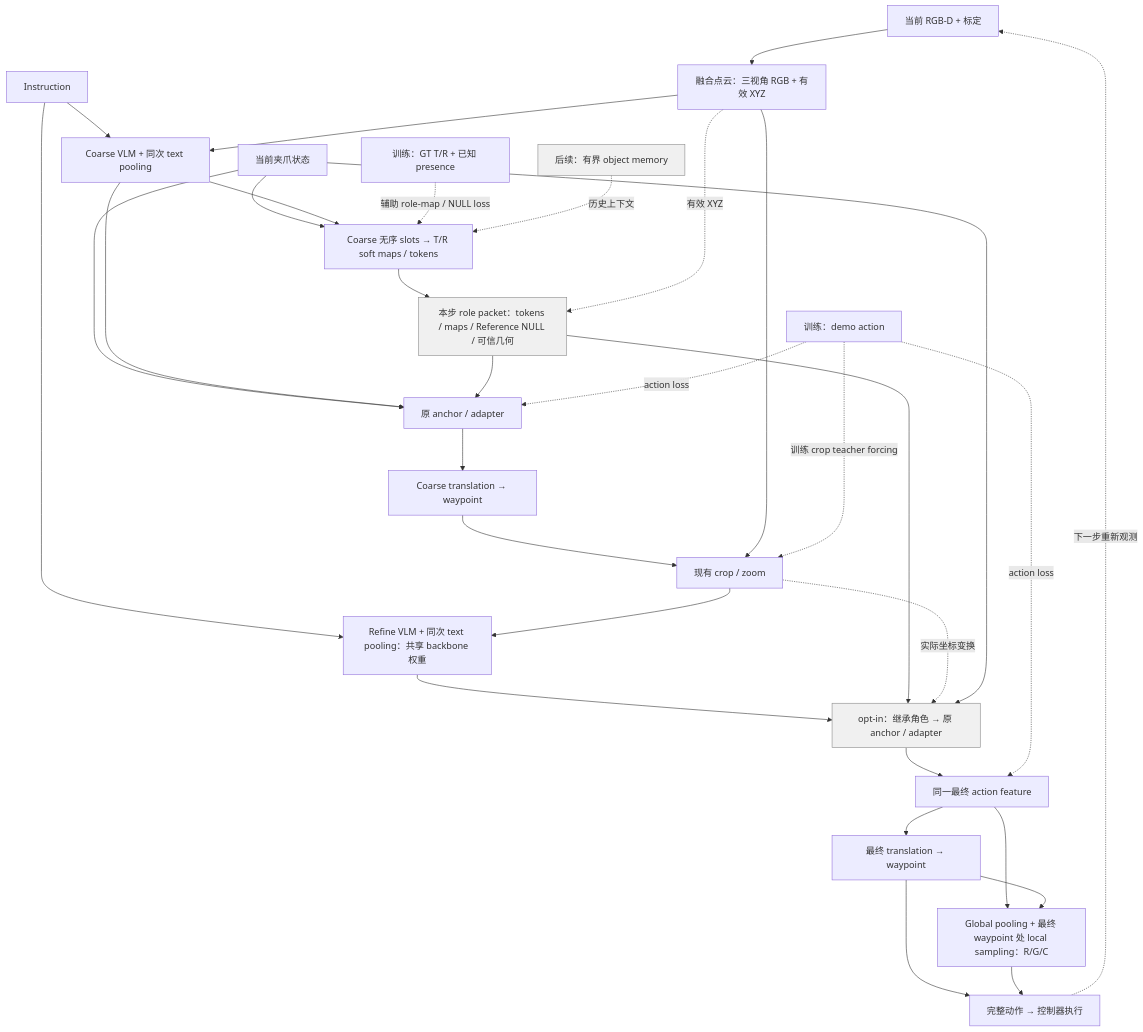
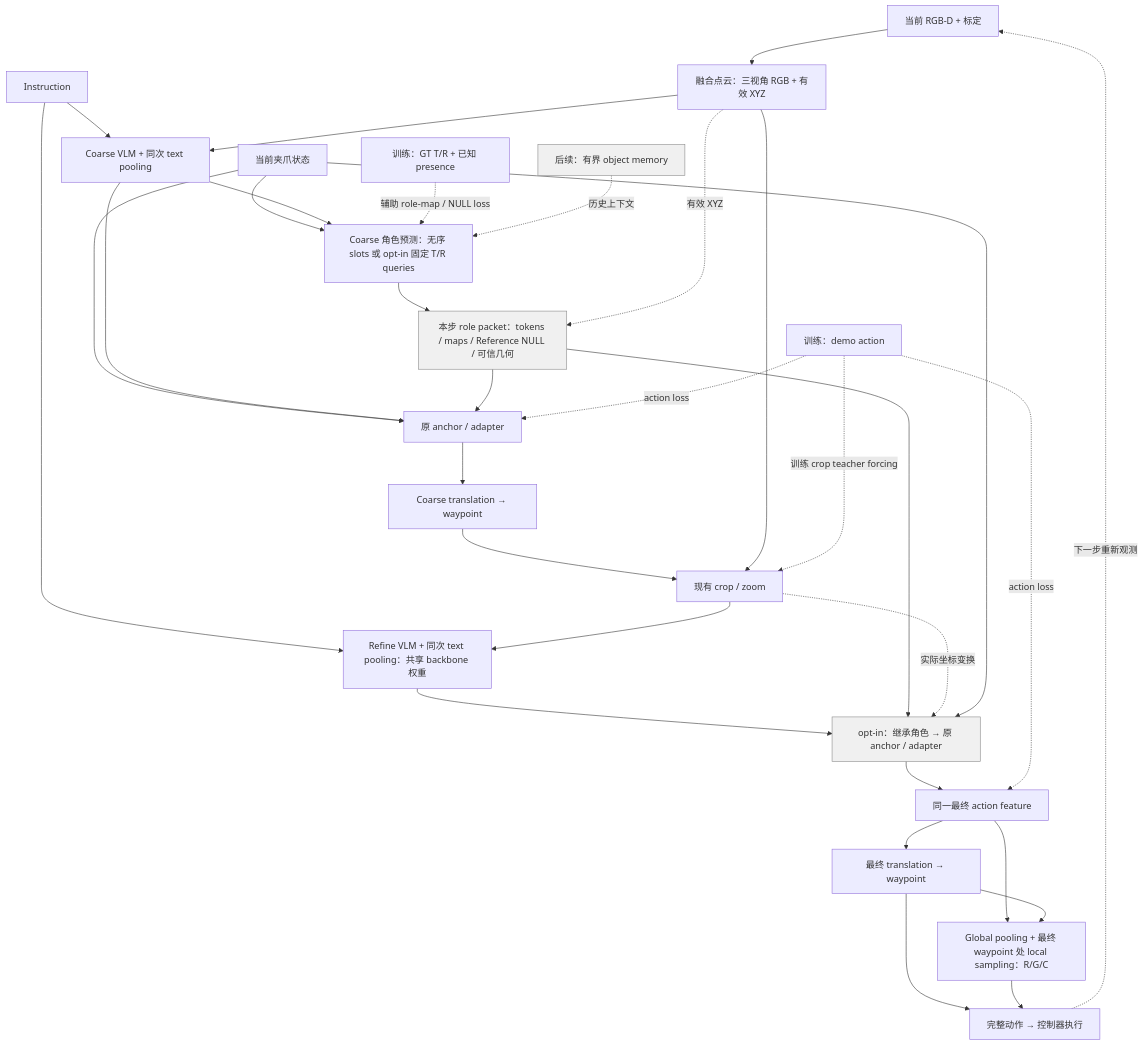
Before and after one commit to YW310/BridgeVLA: the first of 2 diagrams in docs/design/role-relation-prior.md, drawn with Mermaid. The commit also changed other lines of this file and 4 other files, not shown here.

````diff
--- a/docs/design/role-relation-prior.md
+++ b/docs/design/role-relation-prior.md
@@ -14,37 +14,37 @@
 ```mermaid
 flowchart TB
     O["当前 RGB-D + 标定"] --> P["融合点云：三视角 RGB + 有效 XYZ"]
     I["Instruction"] --> VC
     I --> VF
     ST["当前夹爪状态"] --> Q
     ST --> AC
     P --> VC["Coarse VLM + 同次 text pooling"]
-    VC --> Q["Coarse 无序 slots → T/R soft maps / tokens"]
+    VC --> Q["Coarse 角色预测：无序 slots 或 opt-in 固定 T/R queries"]
     Q --> K["本步 role packet：tokens / maps / Reference NULL / 可信几何"]
     P -.有效 XYZ.-> K
     VC --> AC["原 anchor / adapter"]
     K --> AC
     AC --> WC["Coarse translation → waypoint"]
     WC --> C["现有 crop / zoom"]
     P --> C
     C --> VF["Refine VLM + 同次 text pooling：共享 backbone 权重"]
     VF --> AR["opt-in：继承角色 → 原 anchor / adapter"]
     K --> AR
     C -.实际坐标变换.-> AR
     ST --> AR
     AR --> F["同一最终 action feature"]
     F --> WT["最终 translation → waypoint"]
     F --> RGC["Global pooling + 最终 waypoint 处 local sampling：R/G/C"]
     WT --> RGC
     WT --> A["完整动作 → 控制器执行"]
     RGC --> A
     A -.下一步重新观测.-> O
     GT["训练：GT T/R + 已知 presence"] -.辅助 role-map / NULL loss.-> Q
     D["训练：demo action"] -.action loss.-> AC
     D -.action loss.-> F
     D -.训练 crop teacher forcing.-> C
     M["后续：有界 object memory"] -.历史上下文.-> Q
 
     classDef optional fill:#f0f0f0,stroke:#888;
     class K,AR,M optional;
 ```
````
